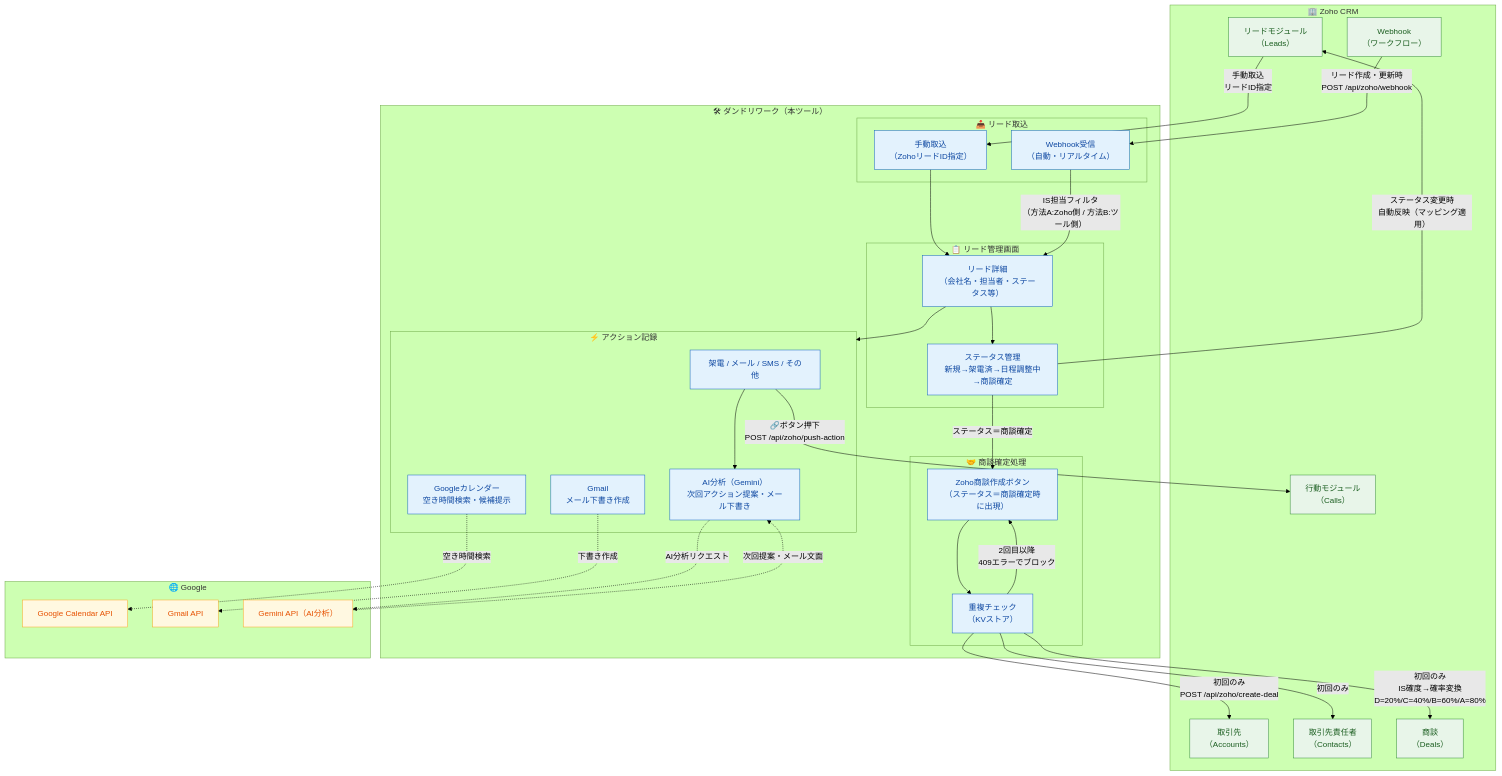
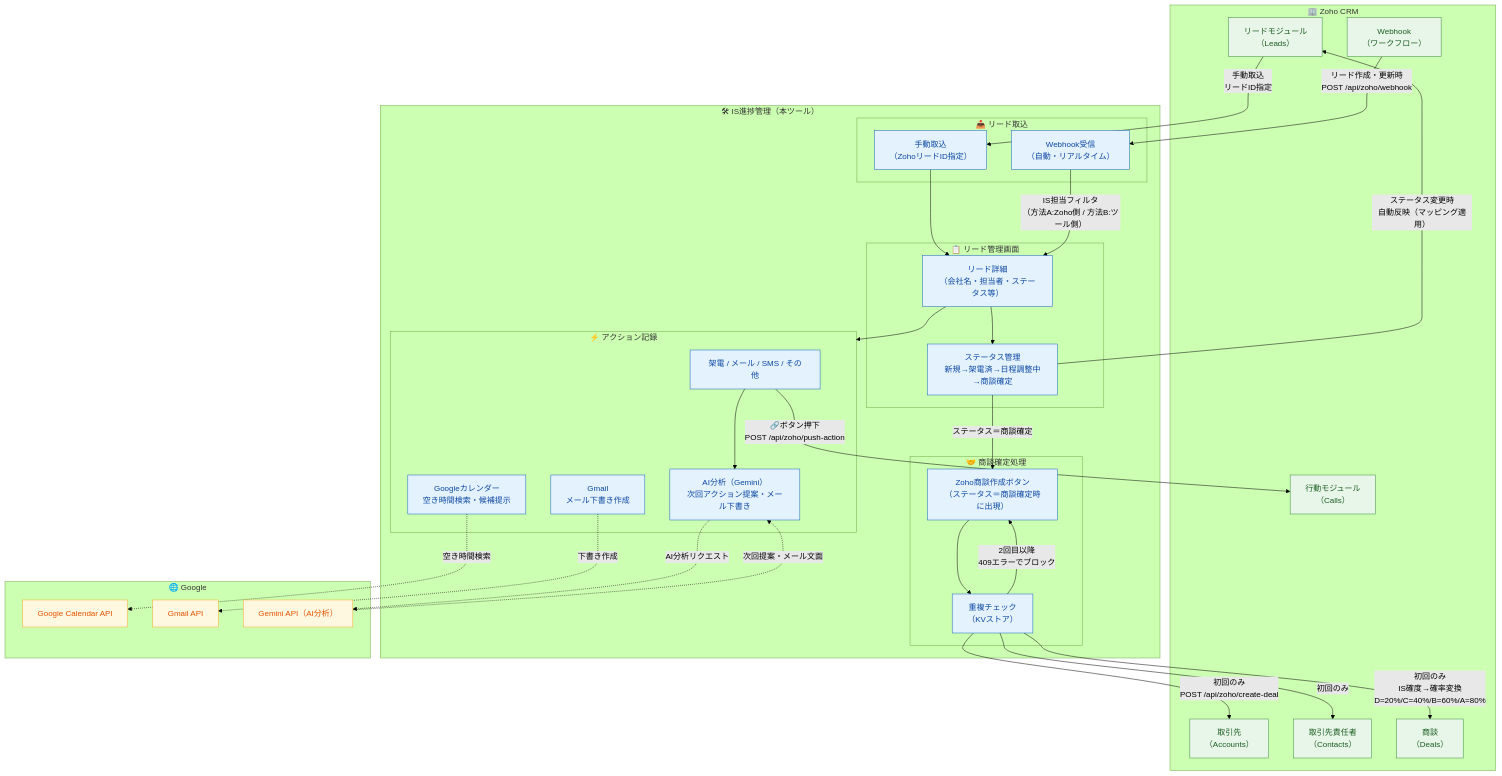
Before and after one commit to shingaieri-lab/mokumoku-system: the diagram in ZOHO_WORKFLOW.md, drawn with Mermaid (forest theme). The commit also changed other lines of this file and 3 other files, not shown here.

````diff
--- a/ZOHO_WORKFLOW.md
+++ b/ZOHO_WORKFLOW.md
@@ -9,78 +9,78 @@
 ```mermaid
 flowchart TD
     subgraph ZOHO["🏢 Zoho CRM"]
         ZL["リードモジュール\n（Leads）"]
         ZC["行動モジュール\n（Calls）"]
         ZA["取引先\n（Accounts）"]
         ZCT["取引先責任者\n（Contacts）"]
         ZD["商談\n（Deals）"]
         ZW["Webhook\n（ワークフロー）"]
     end
 
-    subgraph TOOL["🛠 ダンドリワーク（本ツール）"]
+    subgraph TOOL["🛠 IS進捗管理（本ツール）"]
         subgraph IMPORT["📥 リード取込"]
             M1["手動取込\n（ZohoリードID指定）"]
             M2["Webhook受信\n（自動・リアルタイム）"]
         end
 
         subgraph LEAD["📋 リード管理画面"]
             L1["リード詳細\n（会社名・担当者・ステータス等）"]
             L2["ステータス管理\n新規→架電済→日程調整中→商談確定"]
         end
 
         subgraph ACTION["⚡ アクション記録"]
             A1["架電 / メール / SMS / その他"]
             A2["AI分析（Gemini）\n次回アクション提案・メール下書き"]
             A3["Googleカレンダー\n空き時間検索・候補提示"]
             A4["Gmail\nメール下書き作成"]
         end
 
         subgraph DEAL["🤝 商談確定処理"]
             D1["Zoho商談作成ボタン\n（ステータス＝商談確定時に出現）"]
             D2["重複チェック\n（KVストア）"]
         end
     end
 
     subgraph GOOGLE["🌐 Google"]
         GC["Google Calendar API"]
         GM["Gmail API"]
         GG["Gemini API（AI分析）"]
     end
 
     %% Zoho → ツール（取込）
     ZW -->|"リード作成・更新時\nPOST /api/zoho/webhook"| M2
     ZL -->|"手動取込\nリードID指定"| M1
     M1 --> L1
     M2 -->|"IS担当フィルタ\n（方法A:Zoho側 / 方法B:ツール側）"| L1
 
     %% ツール内フロー
     L1 --> L2
     L1 --> ACTION
     A1 --> A2
     A2 -.->|"AI分析リクエスト"| GG
     GG -.->|"次回提案・メール文面"| A2
     A3 -.->|"空き時間検索"| GC
     A4 -.->|"下書き作成"| GM
 
     %% ツール → Zoho（アクション履歴）
     A1 -->|"🔗ボタン押下\nPOST /api/zoho/push-action"| ZC
 
     %% ツール → Zoho（ステータス連携）
     L2 -->|"ステータス変更時\n自動反映（マッピング適用）"| ZL
 
     %% 商談確定フロー
     L2 -->|"ステータス＝商談確定"| D1
     D1 --> D2
     D2 -->|"初回のみ\nPOST /api/zoho/create-deal"| ZA
     D2 -->|"初回のみ"| ZCT
     D2 -->|"初回のみ\nIS確度→確率変換\nD=20%/C=40%/B=60%/A=80%"| ZD
     D2 -->|"2回目以降\n409エラーでブロック"| D1
 
     %% スタイル
     classDef zoho fill:#e8f5e9,stroke:#388e3c,color:#1b5e20
     classDef tool fill:#e3f2fd,stroke:#1565c0,color:#0d47a1
     classDef google fill:#fff8e1,stroke:#f9a825,color:#e65100
     class ZL,ZC,ZA,ZCT,ZD,ZW zoho
     class M1,M2,L1,L2,A1,A2,A3,A4,D1,D2 tool
     class GC,GM,GG google
 ```
````
